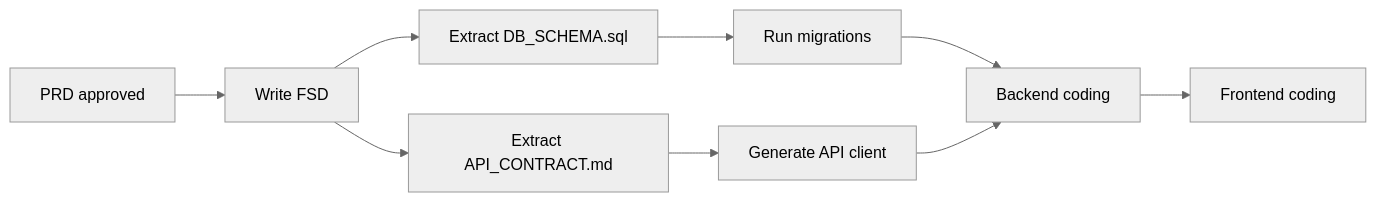
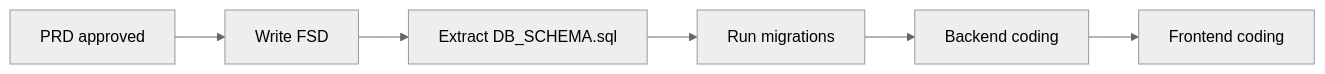
The diagram in templates/by-use-case/technical-specs/README.md (nothingser0/solo-project-lifecycle), drawn with Mermaid (neutral theme) before and after one commit. The commit also changed other lines of this file and 7 other files, not shown here.

````diff
--- a/templates/by-use-case/technical-specs/README.md
+++ b/templates/by-use-case/technical-specs/README.md
@@ -195,11 +158,8 @@
 ```mermaid
 graph LR
     A[PRD approved] --> B[Write FSD]
     B --> C[Extract DB_SCHEMA.sql]
-    B --> D[Extract API_CONTRACT.md]
-    C --> E[Run migrations]
-    D --> F[Generate API client]
-    E --> G[Backend coding]
-    F --> G
-    G --> H[Frontend coding]
+    C --> D[Run migrations]
+    D --> E[Backend coding]
+    E --> F[Frontend coding]
 ```
````
